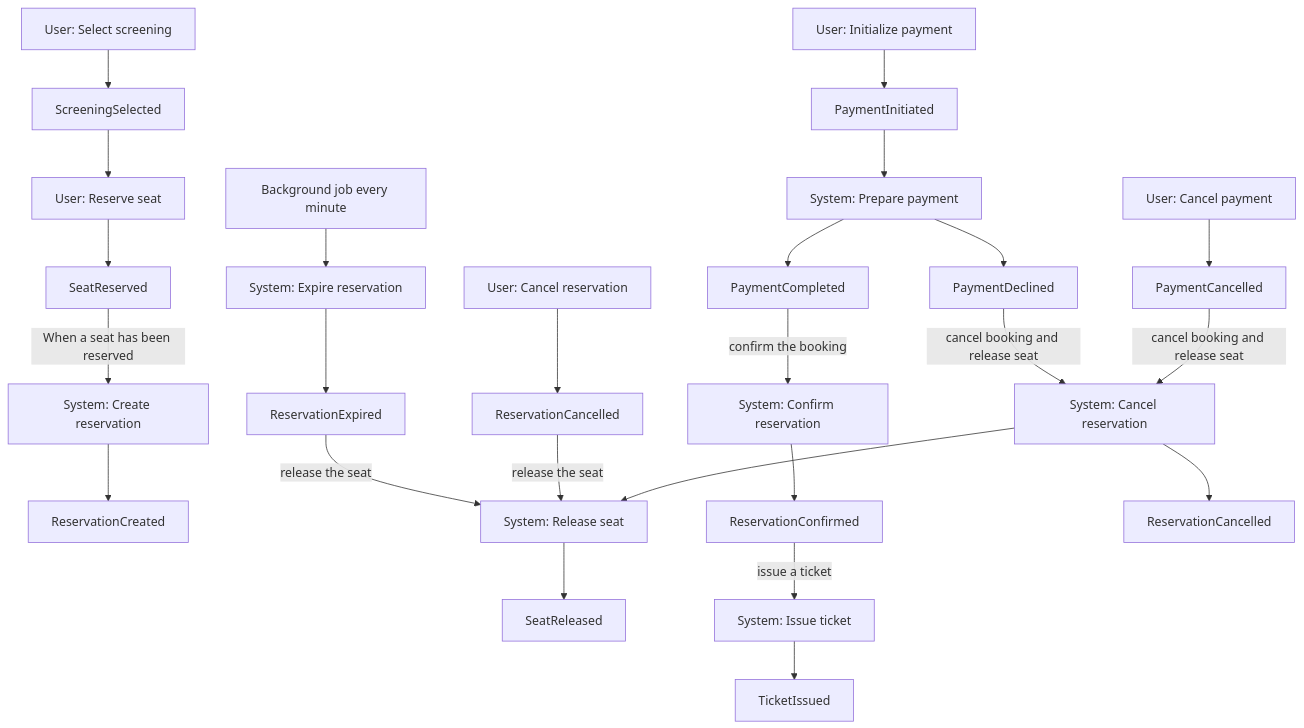
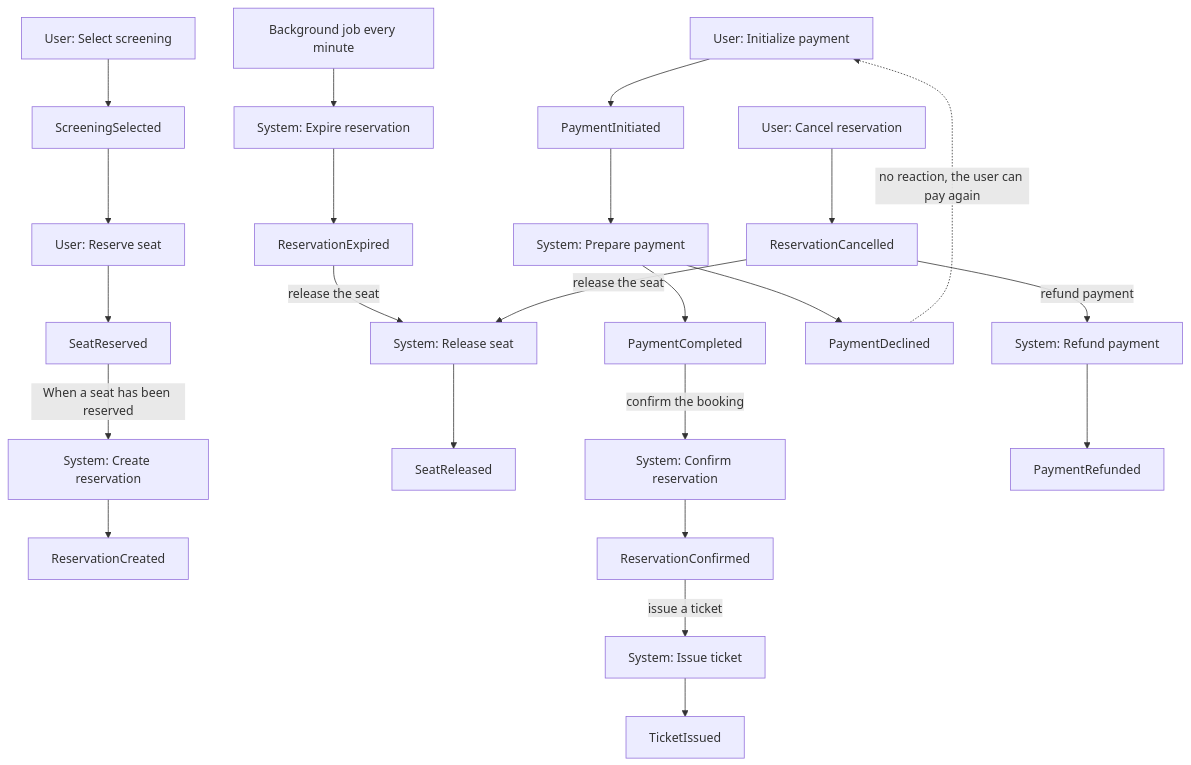
Before and after one commit to Gw0zdziu/ModularReservations: the third of 3 diagrams in README.md, drawn with Mermaid. The commit also changed other lines of this file, not shown here.

First line of the commit message:
Update README: cancel only after payment, refund in scope, declined payment keeps reservation pending

````diff
--- a/README.md
+++ b/README.md
@@ -136,26 +137,22 @@
 ```mermaid
 flowchart TD
     A[User: Select screening] --> B[ScreeningSelected]
     B --> C[User: Reserve seat] --> D[SeatReserved]
     D -->|When a seat has been reserved| E[System: Create reservation] --> F[ReservationCreated]
 
     G[Background job every minute] --> H[System: Expire reservation] --> I[ReservationExpired]
     I -->|release the seat| R[System: Release seat] --> S[SeatReleased]
 
-    J[User: Cancel reservation] --> K[ReservationCancelled]
-    K -->|release the seat| R
-
     L[User: Initialize payment] --> M[PaymentInitiated]
     M --> N[System: Prepare payment]
     N --> O[PaymentCompleted]
     N --> P[PaymentDeclined]
-    Q[User: Cancel payment] --> T[PaymentCancelled]
+    P -.->|no reaction, the user can pay again| L
 
     O -->|confirm the booking| U[System: Confirm reservation] --> V[ReservationConfirmed]
-    P -->|cancel booking and release seat| W[System: Cancel reservation]
-    T -->|cancel booking and release seat| W
-    W --> K2[ReservationCancelled]
-    W --> R
+    V -->|issue a ticket| X[System: Issue ticket] --> Y[TicketIssued]
 
-    V -->|issue a ticket| X[System: Issue ticket] --> Y[TicketIssued]
+    J[User: Cancel reservation] --> K[ReservationCancelled]
+    K -->|release the seat| R
+    K -->|refund payment| Z[System: Refund payment] --> PR[PaymentRefunded]
 ```
````
